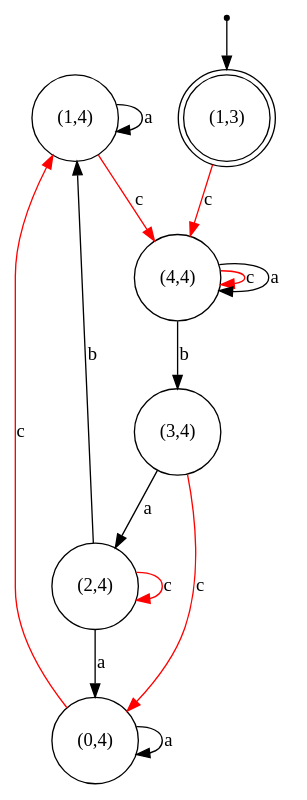
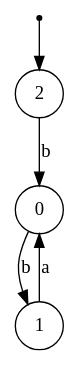
The diagram in dotsource.dot (Reithger/Finite-State-Machine-Model), drawn with Graphviz before and after one commit. The commit also changed 13 other files, not shown here.

```diff
--- a/dotsource.dot
+++ b/dotsource.dot
@@ -1,23 +1,10 @@
 digraph G {
-"n0"[label="(1,4)"shape=circle color="black"];
-"n1"[label="(1,3)"shape=doublecircle color="black"];
-"ArbitraryUnusedNameNoWorriesJustGrooving2"[fontSize=1 shape=point];
-"n2"[label="(0,4)"shape=circle color="black"];
-"n3"[label="(2,4)"shape=circle color="black"];
-"n4"[label="(3,4)"shape=circle color="black"];
-"n5"[label="(4,4)"shape=circle color="black"];
-{"ArbitraryUnusedNameNoWorriesJustGrooving2"}->{"n1"};
-{"n0"}->{"n5"}[label = "c" color="red" arrowhead="normal"];
-{"n0"}->{"n0"}[label = "a" color="black" arrowhead="normal"];
-{"n1"}->{"n5"}[label = "c" color="red" arrowhead="normal"];
-{"n2"}->{"n0"}[label = "c" color="red" arrowhead="normal"];
-{"n2"}->{"n2"}[label = "a" color="black" arrowhead="normal"];
-{"n3"}->{"n0"}[label = "b" color="black" arrowhead="normal"];
-{"n3"}->{"n2"}[label = "a" color="black" arrowhead="normal"];
-{"n3"}->{"n3"}[label = "c" color="red" arrowhead="normal"];
-{"n4"}->{"n2"}[label = "c" color="red" arrowhead="normal"];
-{"n4"}->{"n3"}[label = "a" color="black" arrowhead="normal"];
-{"n5"}->{"n4"}[label = "b" color="black" arrowhead="normal"];
-{"n5"}->{"n5"}[label = "c" color="red" arrowhead="normal"];
-{"n5"}->{"n5"}[label = "a" color="black" arrowhead="normal"];
+"n0"[label="0"shape=circle color="black"];
+"n1"[label="1"shape=circle color="black"];
+"n2"[label="2"shape=circle color="black"];
+"ArbitraryUnusedNameNoWorriesJustGrooving3"[fontSize=1 shape=point];
+{"ArbitraryUnusedNameNoWorriesJustGrooving3"}->{"n2"};
+{"n0"}->{"n1"}[label = "b" color="black" arrowhead="normal"];
+{"n1"}->{"n0"}[label = "a" color="black" arrowhead="normal"];
+{"n2"}->{"n0"}[label = "b" color="black" arrowhead="normal"];
 }
```
